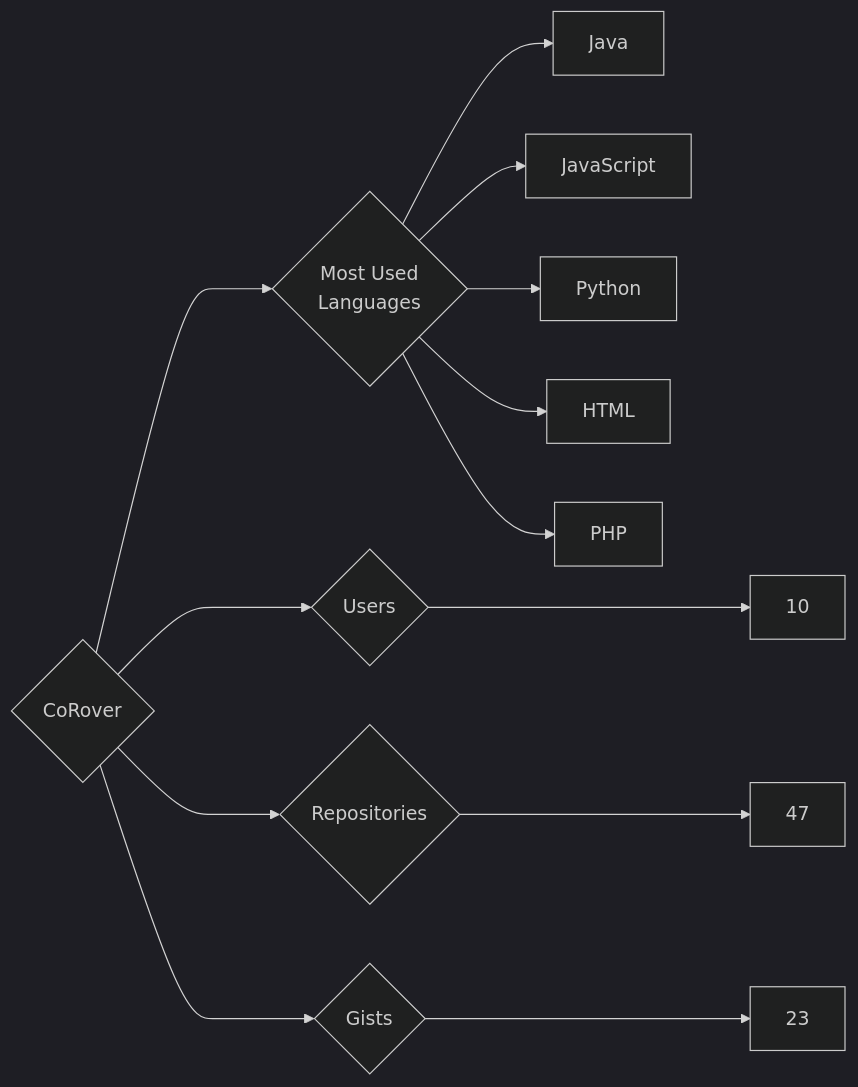
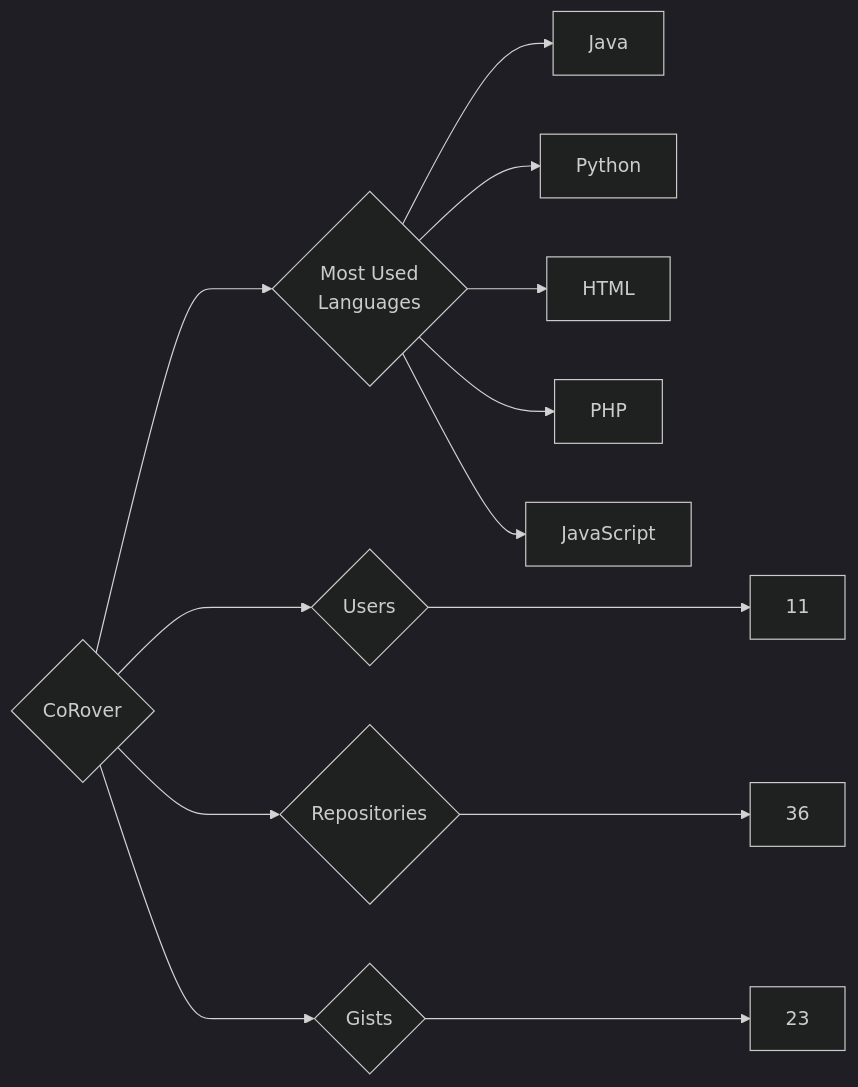
One commit to trickest/insiders changed the diagram in targets/CoRover/README.md. Above: the diagram before and after it, drawn with Mermaid (dark theme). The commit also changed 1141 other files, not shown here.

````diff
--- a/targets/CoRover/README.md
+++ b/targets/CoRover/README.md
@@ -3,13 +3,13 @@
 ```mermaid
 graph LR
 COMPANY_NAME{CoRover}
-COMPANY_NAME ---> U{Users} ---> UN[10]
-COMPANY_NAME ---> R{Repositories} ---> RN[47]
+COMPANY_NAME ---> U{Users} ---> UN[11]
+COMPANY_NAME ---> R{Repositories} ---> RN[36]
 COMPANY_NAME ---> G{Gists} ---> GN[23]
 COMPANY_NAME ---> ML{Most Used<br>Languages}
 ML --> Java[Java]
-ML --> JavaScript[JavaScript]
 ML --> Python[Python]
 ML --> HTML[HTML]
 ML --> PHP[PHP]
+ML --> JavaScript[JavaScript]
 ```
````
